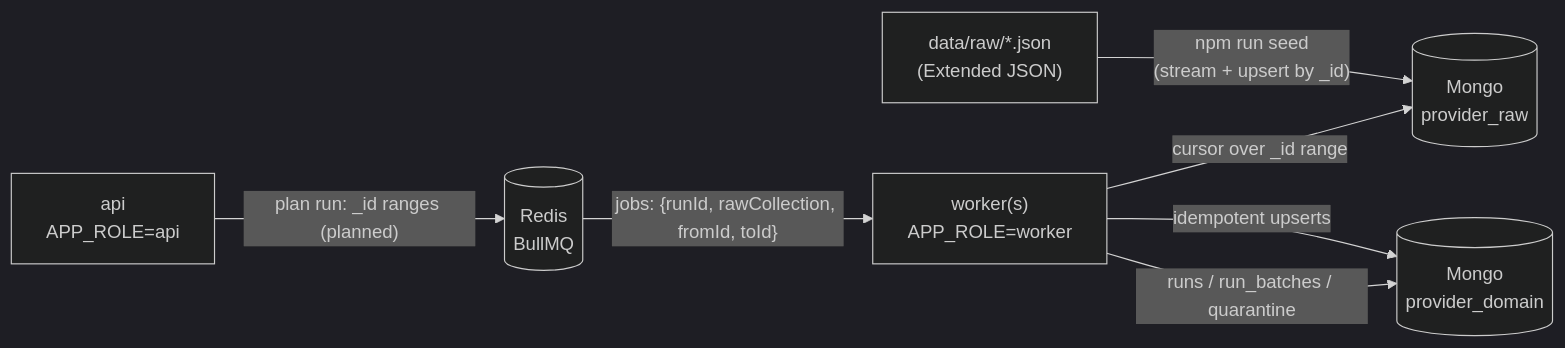
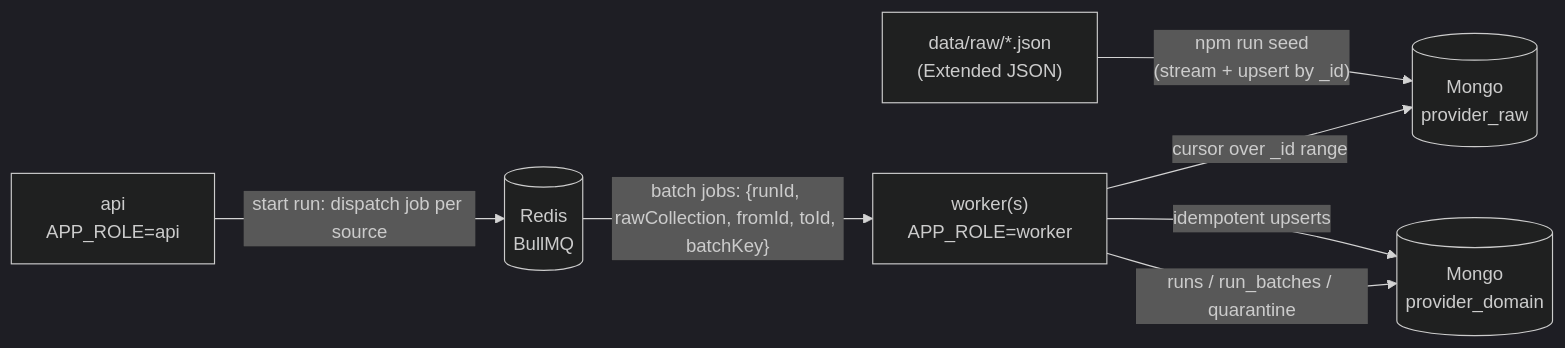
One commit to Scorpi35/sharkhood-technical-assignment changed the first of 3 diagrams in ARCHITECTURE.md. Above: the diagram before and after it, drawn with Mermaid (dark theme). The commit also changed other lines of this file and 21 other files, not shown here.

````diff
--- a/ARCHITECTURE.md
+++ b/ARCHITECTURE.md
@@ -12,9 +12,9 @@
 ```mermaid
 flowchart LR
     files["data/raw/*.json<br/>(Extended JSON)"] -- "npm run seed<br/>(stream + upsert by _id)" --> raw[("Mongo<br/>provider_raw")]
-    api["api<br/>APP_ROLE=api"] -- "plan run: _id ranges (planned)" --> redis[("Redis<br/>BullMQ")]
-    redis -- "jobs: {runId, rawCollection, fromId, toId}" --> worker["worker(s)<br/>APP_ROLE=worker"]
+    api["api<br/>APP_ROLE=api"] -- "start run: dispatch job per source" --> redis[("Redis<br/>BullMQ")]
+    redis -- "batch jobs: {runId, rawCollection, fromId, toId, batchKey}" --> worker["worker(s)<br/>APP_ROLE=worker"]
     worker -- "cursor over _id range" --> raw
     worker -- "idempotent upserts" --> target[("Mongo<br/>provider_domain")]
     worker -- "runs / run_batches / quarantine" --> target
 ```
````
